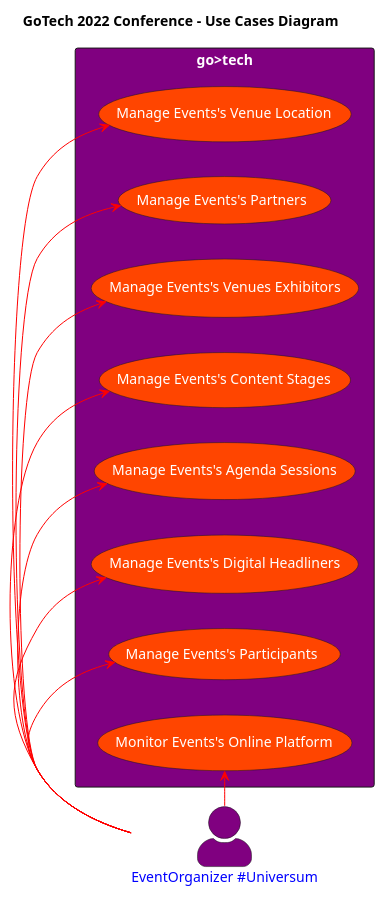
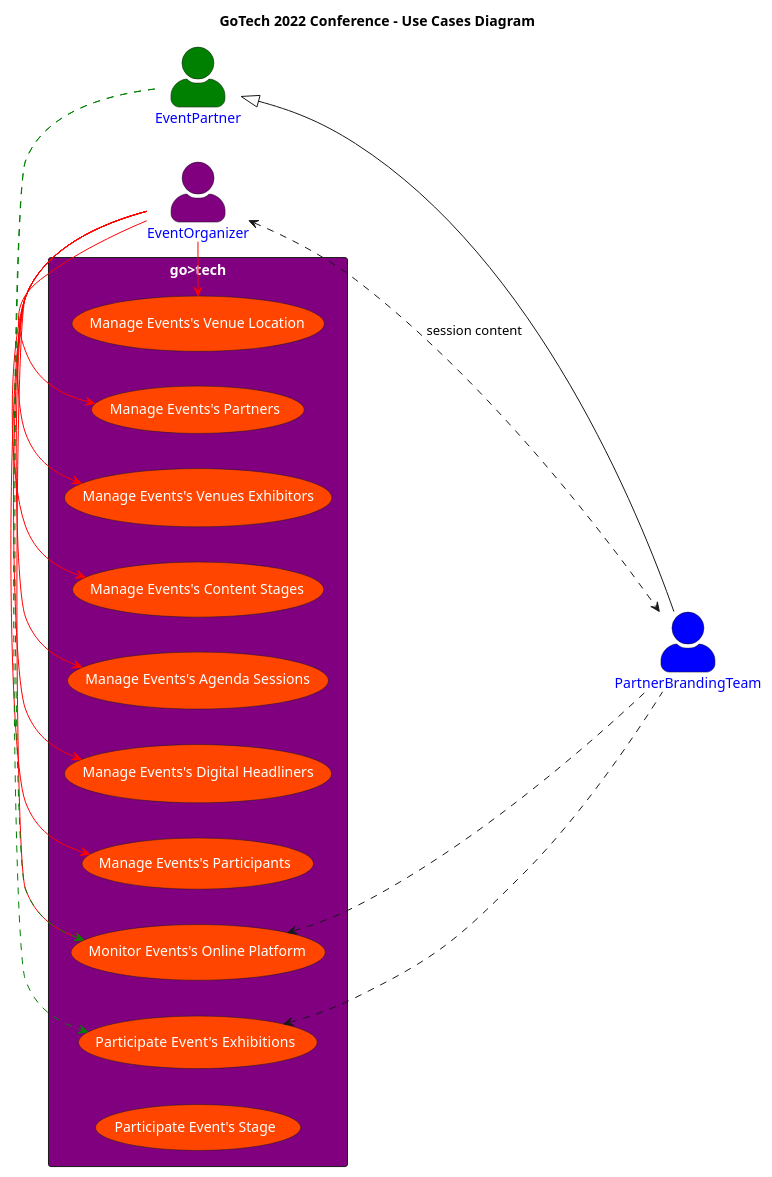
The diagram in documentation/gotech_iterative_use_cases_diagram.puml (antoniealberto/demoCleanArchitecture), drawn with PlantUML before and after one commit.

Commit message:
Push new version of demo puml file

```diff
--- a/documentation/gotech_iterative_use_cases_diagram.puml
+++ b/documentation/gotech_iterative_use_cases_diagram.puml
@@ -1,39 +1,50 @@
 @startuml
 
 title GoTech 2022 Conference - Use Cases Diagram
 left to right direction
 skinparam actorStyle awesome
 skinparam actorFontColor blue
 skinparam usecase {
 backgroundColor OrangeRed
 fontColor white
 }
 skinparam rectangle {
 fontColor white
 }
 
 
-:EventOrganizer #Universum: as EA #Purple
+:EventOrganizer: as EA #Purple
+:EventPartner: as EP  #Green
+actor PartnerBrandingTeam as EPB #Blue
+
+
+EPB -up-|> EP
+EA <..> EPB : session content
 
 rectangle "go>tech" as GT #Purple {
 usecase (Manage Events's Venue Location) as ML
 usecase (Manage Events's Partners) as MP
 usecase (Manage Events's Venues Exhibitors) as ME
 usecase (Manage Events's Content Stages) as MS
 usecase (Manage Events's Agenda Sessions) as MA
 usecase (Manage Events's Digital Headliners) as MH
 usecase (Manage Events's Participants) as MV
 usecase (Monitor Events's Online Platform) as MoP
-
+usecase (Participate Event's  Exhibitions) as PoE
+usecase (Participate Event's Stage) as PoS
 EA -right-> ML #Red
 EA -right-> MP #Red
 EA -right-> ME #Red
 EA -right-> MS #Red
 EA -right-> MA #Red
 EA -right-> MH #Red
 EA -right-> MV #Red
 EA -right-> MoP #Red
+EP .right.> MoP #Green
+EP .right.> PoE #Green
+EPB ..up..> PoE
+EPB ..up..> MoP
 
 }
 
 @enduml
```
